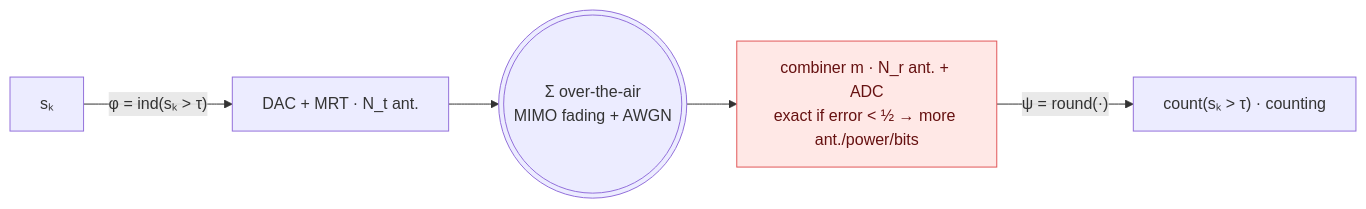
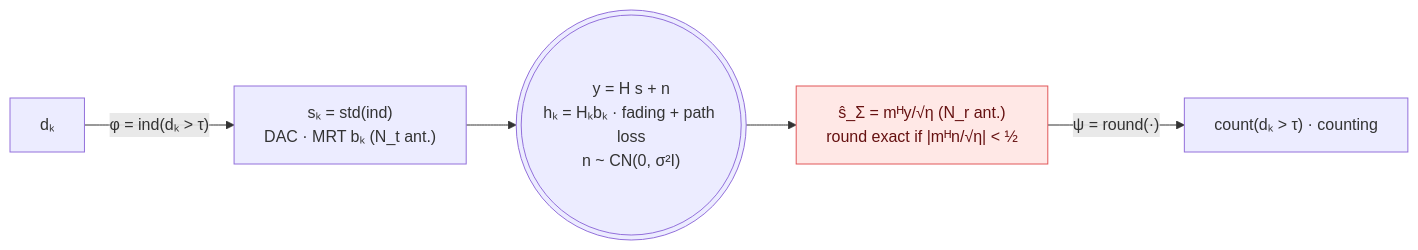
One commit to wincle626/OverAirCompute changed the tenth of 13 diagrams in README.md. Above: the diagram before and after it, drawn with Mermaid. The commit also changed other lines of this file, not shown here.

````diff
--- a/README.md
+++ b/README.md
@@ -344,9 +361,9 @@
 ```mermaid
 flowchart LR
-    s["sₖ"] -->|"φ = ind(sₖ > τ)"| tx["DAC + MRT · N_t ant."]
-    tx --> air((("Σ over-the-air<br/>MIMO fading + AWGN")))
-    air --> rx["combiner m · N_r ant. + ADC<br/>exact if error < ½ → more ant./power/bits"]
-    rx -->|"ψ = round(·)"| r["count(sₖ > τ)  ·  counting"]
+    d["dₖ"] -->|"φ = ind(dₖ > τ)"| tx["sₖ = std(ind)<br/>DAC · MRT bₖ (N_t ant.)"]
+    tx --> y((("y = H s + n<br/>hₖ = Hₖbₖ · fading + path loss<br/>n ~ CN(0, σ²I)")))
+    y --> rx["ŝ_Σ = mᴴy/√η (N_r ant.)<br/>round exact if |mᴴn/√η| < ½"]
+    rx -->|"ψ = round(·)"| r["count(dₖ > τ)  ·  counting"]
     classDef hot fill:#ffe8e6,stroke:#E15759,color:#611;
     class rx hot;
 ```
````
